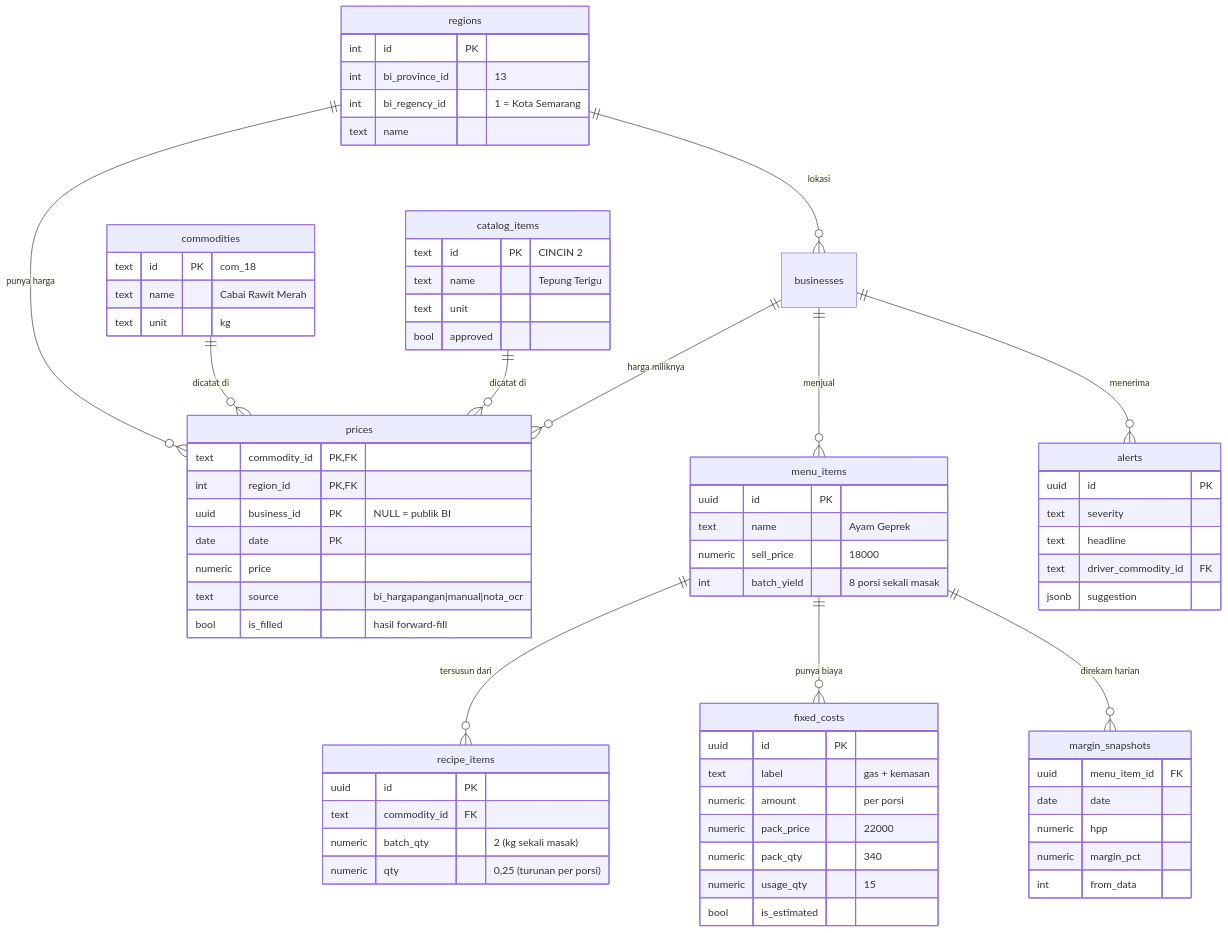
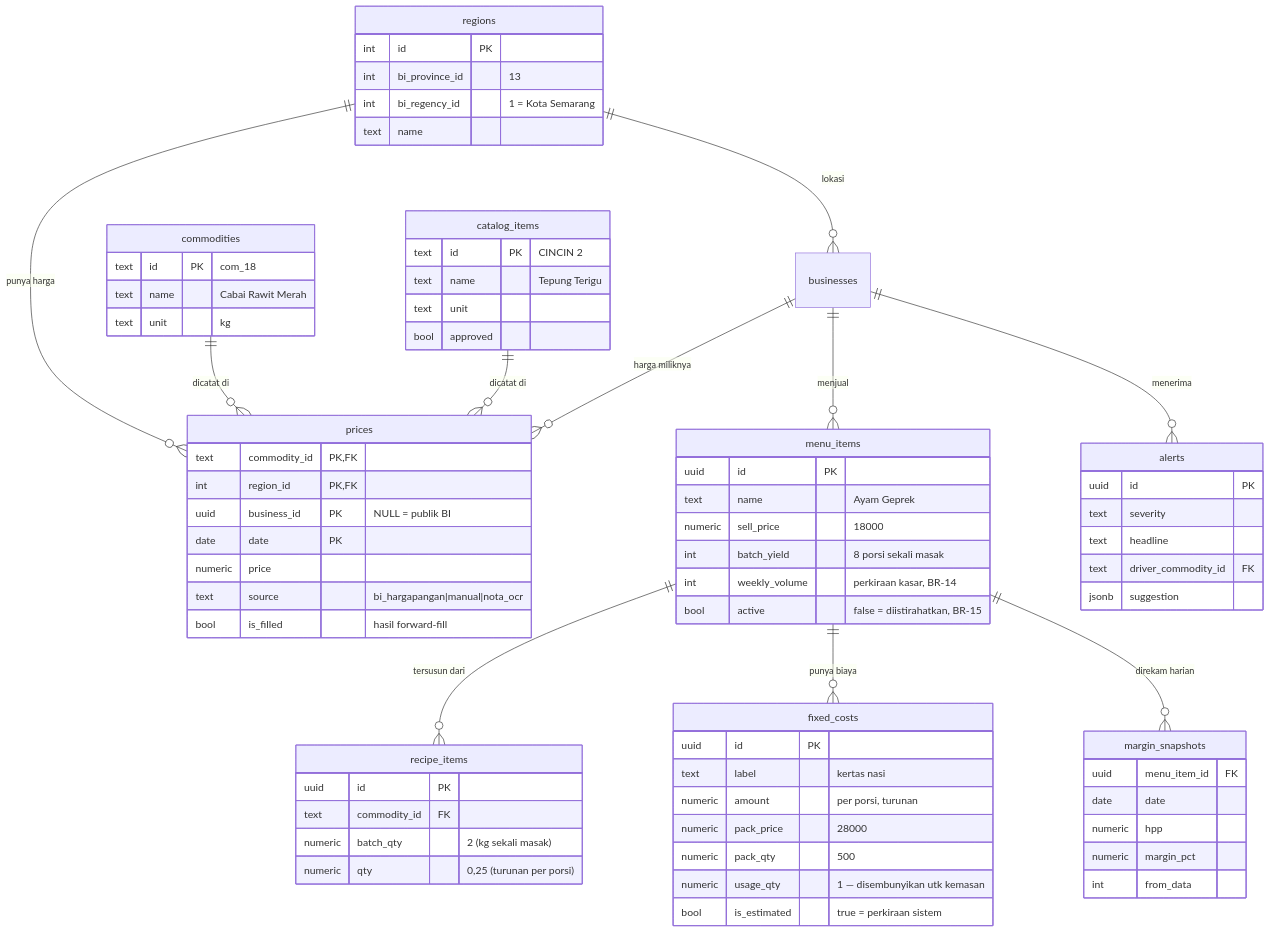
One commit to ZoeMohamed/Exasti changed the diagram in docs/02-ARCHITECTURE.md. Above: the diagram before and after it, drawn with Mermaid. The commit also changed other lines of this file and 1 other file, not shown here.

````diff
--- a/docs/02-ARCHITECTURE.md
+++ b/docs/02-ARCHITECTURE.md
@@ -73,75 +79,77 @@
 ```mermaid
 erDiagram
     regions ||--o{ prices : "punya harga"
     commodities ||--o{ prices : "dicatat di"
     catalog_items ||--o{ prices : "dicatat di"
     regions ||--o{ businesses : "lokasi"
     businesses ||--o{ prices : "harga miliknya"
     businesses ||--o{ menu_items : "menjual"
     menu_items ||--o{ recipe_items : "tersusun dari"
     menu_items ||--o{ fixed_costs : "punya biaya"
     menu_items ||--o{ margin_snapshots : "direkam harian"
     businesses ||--o{ alerts : "menerima"
 
     commodities {
         text id PK "com_18"
         text name "Cabai Rawit Merah"
         text unit "kg"
     }
     catalog_items {
         text id PK "CINCIN 2"
         text name "Tepung Terigu"
         text unit
         bool approved
     }
     regions {
         int  id PK
         int  bi_province_id "13"
         int  bi_regency_id "1 = Kota Semarang"
         text name
     }
     prices {
         text    commodity_id PK,FK
         int     region_id PK,FK
         uuid    business_id PK "NULL = publik BI"
         date    date PK
         numeric price
         text    source "bi_hargapangan|manual|nota_ocr"
         bool    is_filled "hasil forward-fill"
     }
     menu_items {
         uuid    id PK
         text    name "Ayam Geprek"
         numeric sell_price "18000"
         int     batch_yield "8 porsi sekali masak"
+        int     weekly_volume "perkiraan kasar, BR-14"
+        bool    active "false = diistirahatkan, BR-15"
     }
     recipe_items {
         uuid    id PK
         text    commodity_id FK
         numeric batch_qty "2 (kg sekali masak)"
         numeric qty "0,25 (turunan per porsi)"
     }
     fixed_costs {
         uuid    id PK
-        text    label "gas + kemasan"
-        numeric amount "per porsi"
-        numeric pack_price "22000"
-        numeric pack_qty "340"
-        numeric usage_qty "15"
-        bool    is_estimated
+        text    label "kertas nasi"
+        numeric amount "per porsi, turunan"
+        numeric pack_price "28000"
+        numeric pack_qty "500"
+        numeric usage_qty "1 — disembunyikan utk kemasan"
+        bool    is_estimated "true = perkiraan sistem"
     }
     margin_snapshots {
         uuid    menu_item_id FK
         date    date
         numeric hpp
         numeric margin_pct
         int     from_data
     }
     alerts {
         uuid  id PK
         text  severity
         text  headline
         text  driver_commodity_id FK
         jsonb suggestion
     }
 ```
````
